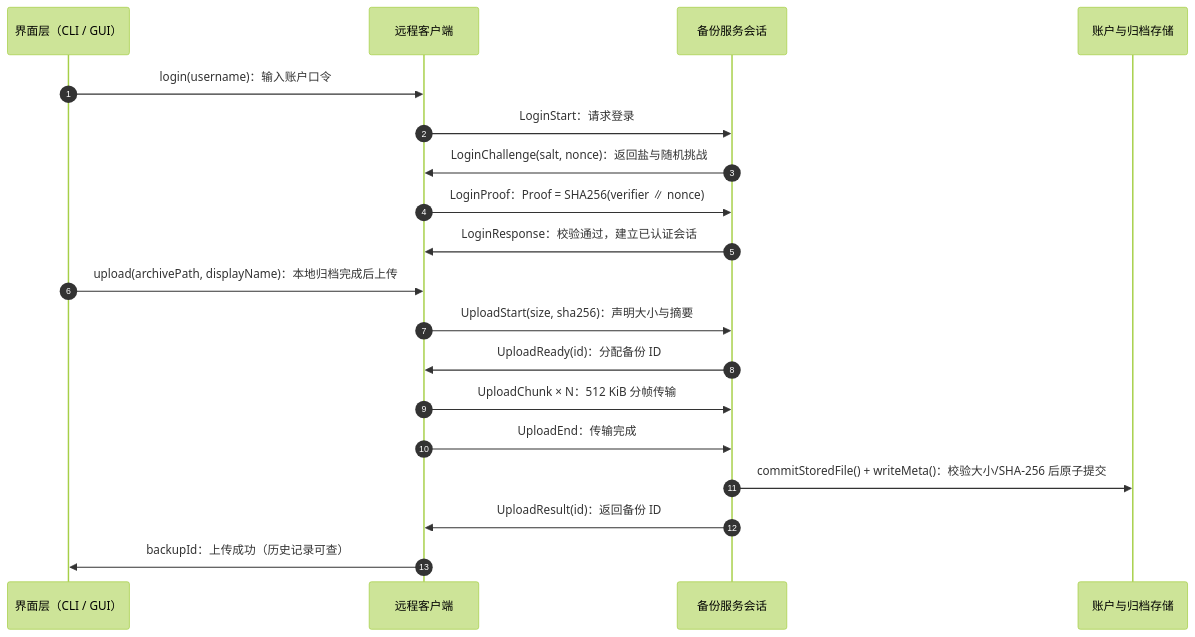
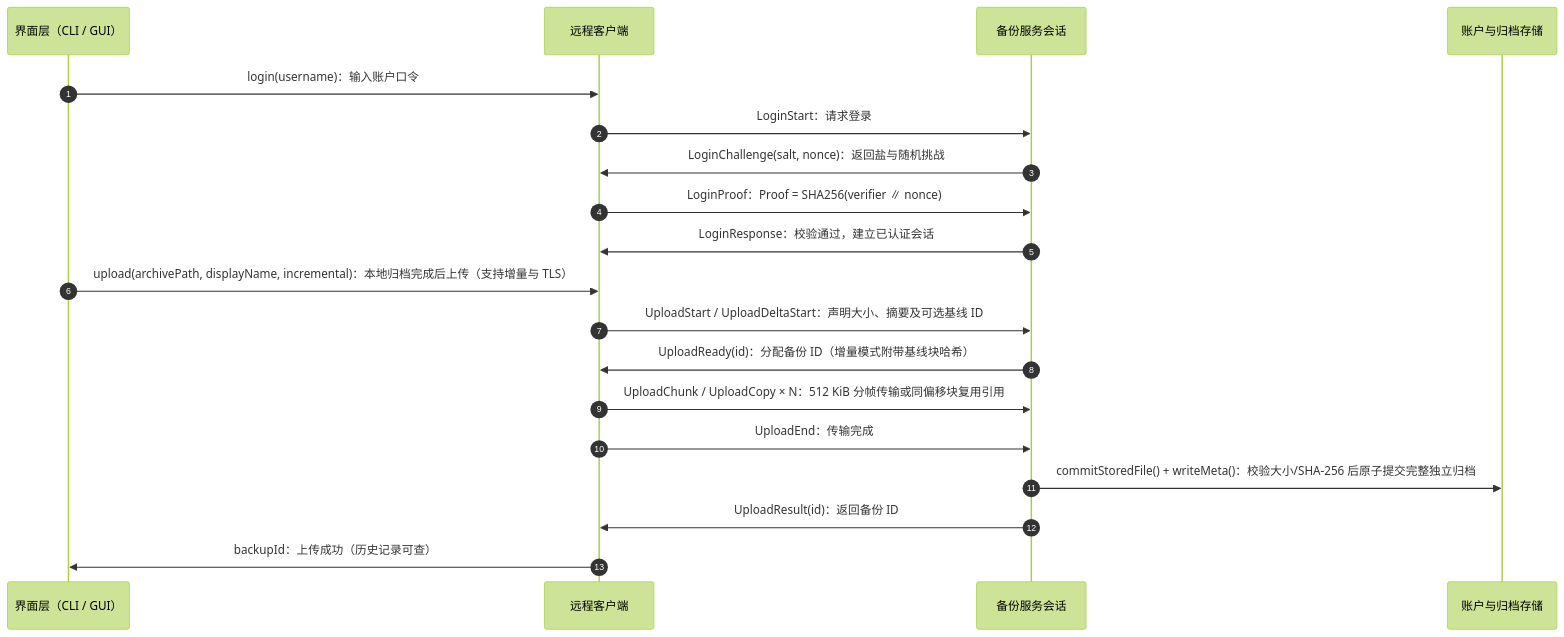
The diagram in docs/mermaid/seq-remote-upload.mmd (ByerScipt/backup_system), drawn with Mermaid (forest theme) before and after one commit. The commit also changed 53 other files, not shown here.

Commit message:
v1.12.0: automatic snapshots, incremental upload, verified TLS, and system hardening

```diff
--- a/docs/mermaid/seq-remote-upload.mmd
+++ b/docs/mermaid/seq-remote-upload.mmd
@@ -1,19 +1,19 @@
 sequenceDiagram
     autonumber
     participant P0 as 界面层（CLI / GUI）
     participant P1 as 远程客户端
     participant P2 as 备份服务会话
     participant P3 as 账户与归档存储
     P0->>P1: login(username)：输入账户口令
     P1->>P2: LoginStart：请求登录
     P2->>P1: LoginChallenge(salt, nonce)：返回盐与随机挑战
     P1->>P2: LoginProof：Proof = SHA256(verifier ∥ nonce)
     P2->>P1: LoginResponse：校验通过，建立已认证会话
-    P0->>P1: upload(archivePath, displayName)：本地归档完成后上传
-    P1->>P2: UploadStart(size, sha256)：声明大小与摘要
-    P2->>P1: UploadReady(id)：分配备份 ID
-    P1->>P2: UploadChunk × N：512 KiB 分帧传输
+    P0->>P1: upload(archivePath, displayName, incremental)：本地归档完成后上传（支持增量与 TLS）
+    P1->>P2: UploadStart / UploadDeltaStart：声明大小、摘要及可选基线 ID
+    P2->>P1: UploadReady(id)：分配备份 ID（增量模式附带基线块哈希）
+    P1->>P2: UploadChunk / UploadCopy × N：512 KiB 分帧传输或同偏移块复用引用
     P1->>P2: UploadEnd：传输完成
-    P2->>P3: commitStoredFile() + writeMeta()：校验大小/SHA-256 后原子提交
+    P2->>P3: commitStoredFile() + writeMeta()：校验大小/SHA-256 后原子提交完整独立归档
     P2->>P1: UploadResult(id)：返回备份 ID
     P1->>P0: backupId：上传成功（历史记录可查）
```
